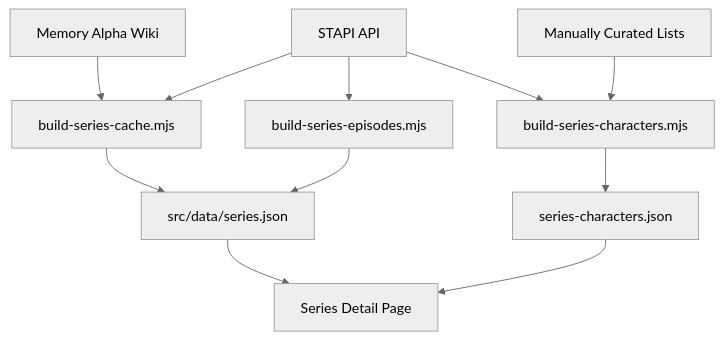
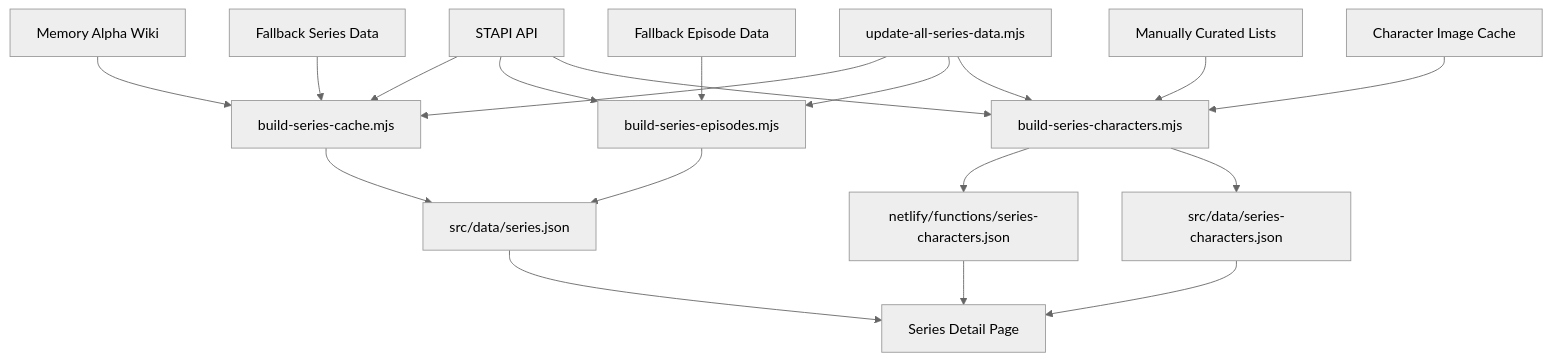
The fifth of 5 diagrams in docs/system-architecture.md (OpaceDigitalAgency/star-trek), drawn with Mermaid (neutral theme) before and after one commit. The commit also changed other lines of this file and 4 other files, not shown here.

Commit message:
Update documentation with comprehensive series data processing pipeline information

````diff
--- a/docs/system-architecture.md
+++ b/docs/system-architecture.md
@@ -365,16 +413,25 @@
-   ```mermaid
-   graph TD
-       STAPI[STAPI API] --> SeriesCache[build-series-cache.mjs]
-       MemoryAlpha[Memory Alpha Wiki] --> SeriesCache
-       SeriesCache --> SeriesJSON[src/data/series.json]
-       
-       STAPI --> EpisodesScript[build-series-episodes.mjs]
-       EpisodesScript --> SeriesJSON
-       
-       STAPI --> CharactersScript[build-series-characters.mjs]
-       ManualLists[Manually Curated Lists] --> CharactersScript
-       CharactersScript --> CharactersJSON[series-characters.json]
-       
-       SeriesJSON --> SeriesPage[Series Detail Page]
-       CharactersJSON --> SeriesPage
-   ```
+```mermaid
+graph TD
+    STAPI[STAPI API] --> SeriesCache[build-series-cache.mjs]
+    MemoryAlpha[Memory Alpha Wiki] --> SeriesCache
+    FallbackSeriesData[Fallback Series Data] --> SeriesCache
+    SeriesCache --> SeriesJSON[src/data/series.json]
+    
+    STAPI --> EpisodesScript[build-series-episodes.mjs]
+    FallbackEpisodeData[Fallback Episode Data] --> EpisodesScript
+    EpisodesScript --> SeriesJSON
+    
+    STAPI --> CharactersScript[build-series-characters.mjs]
+    ManualLists[Manually Curated Lists] --> CharactersScript
+    CharacterCache[Character Image Cache] --> CharactersScript
+    CharactersScript --> CharactersJSON1[netlify/functions/series-characters.json]
+    CharactersScript --> CharactersJSON2[src/data/series-characters.json]
+    
+    UpdateAll[update-all-series-data.mjs] --> SeriesCache
+    UpdateAll --> EpisodesScript
+    UpdateAll --> CharactersScript
+    
+    SeriesJSON --> SeriesPage[Series Detail Page]
+    CharactersJSON1 --> SeriesPage
+    CharactersJSON2 --> SeriesPage
+```
````
